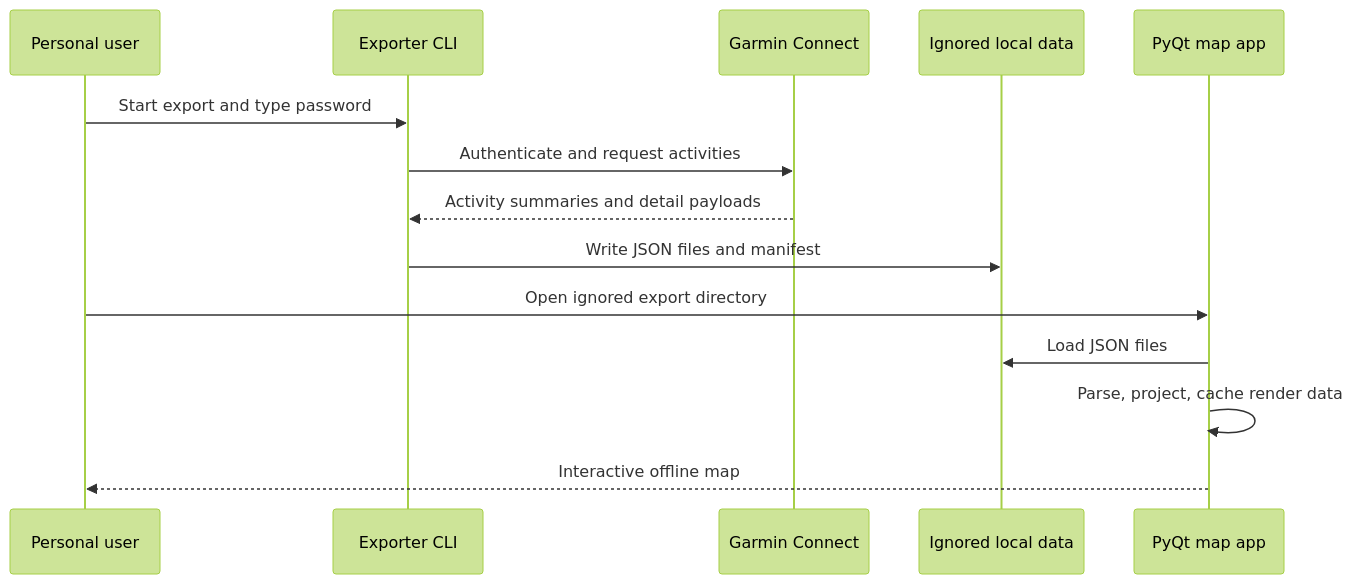
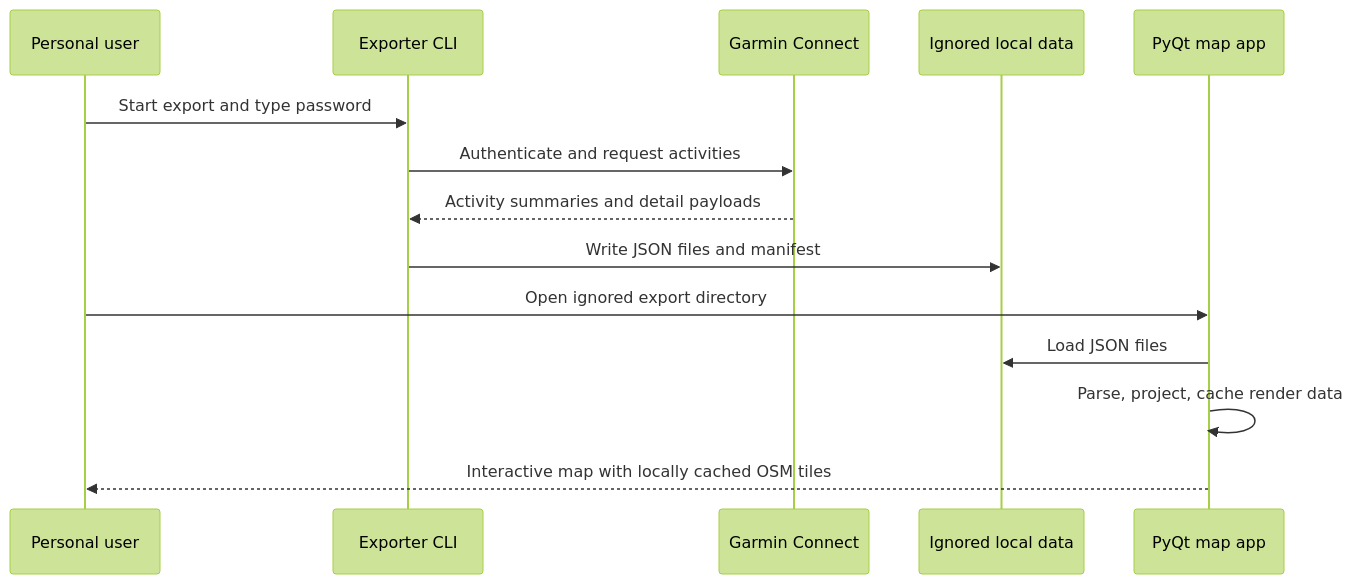
One commit to marcelpetrick/GarminActivityMap changed the fourth of 4 diagrams in documents/architecture.md. Above: the diagram before and after it, drawn with Mermaid (forest theme). The commit also changed other lines of this file and 4 other files, not shown here.

First line of the commit message:
docs(architecture): align C4 views with the current modules

````diff
--- a/documents/architecture.md
+++ b/documents/architecture.md
@@ -123,17 +137,17 @@
 ```mermaid
 sequenceDiagram
   participant U as Personal user
   participant E as Exporter CLI
   participant G as Garmin Connect
   participant D as Ignored local data
   participant M as PyQt map app
 
   U->>E: Start export and type password
   E->>G: Authenticate and request activities
   G-->>E: Activity summaries and detail payloads
   E->>D: Write JSON files and manifest
   U->>M: Open ignored export directory
   M->>D: Load JSON files
   M->>M: Parse, project, cache render data
-  M-->>U: Interactive offline map
+  M-->>U: Interactive map with locally cached OSM tiles
 ```
````
